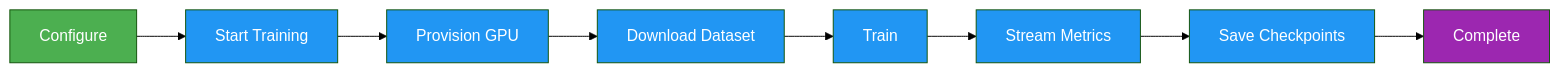
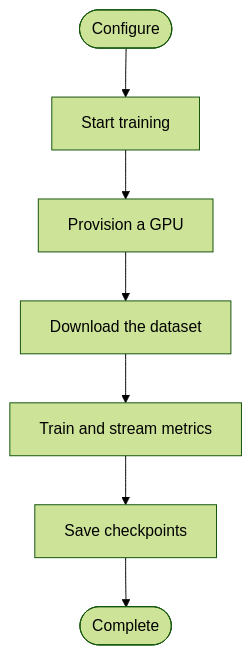
Before and after one commit to ultralytics/ultralytics: the first of 3 diagrams in docs/en/platform/train/cloud-training.md, drawn with Mermaid (forest theme). The commit also changed other lines of this file and 20 other files, not shown here.

Commit message:
Migrate docs Mermaid diagrams to the unified design system (#26573)

````diff
--- a/docs/en/platform/train/cloud-training.md
+++ b/docs/en/platform/train/cloud-training.md
@@ -13,14 +13,9 @@
 ```mermaid
-graph LR
-    A[Configure]:::start --> B[Start Training]:::proc
-    B --> C[Provision GPU]:::proc
-    C --> D[Download Dataset]:::proc
-    D --> E[Train]:::proc
-    E --> F[Stream Metrics]:::proc
-    F --> G[Save Checkpoints]:::proc
-    G --> H[Complete]:::out
-
-    classDef start fill:#4CAF50,color:#fff
-    classDef proc fill:#2196F3,color:#fff
-    classDef out fill:#9C27B0,color:#fff
+flowchart TD
+    A([Configure]) --> B[Start training]
+    B --> C[Provision a GPU]
+    C --> D[Download the dataset]
+    D --> E[Train and stream metrics]
+    E --> F[Save checkpoints]
+    F --> G([Complete])
 ```
````
